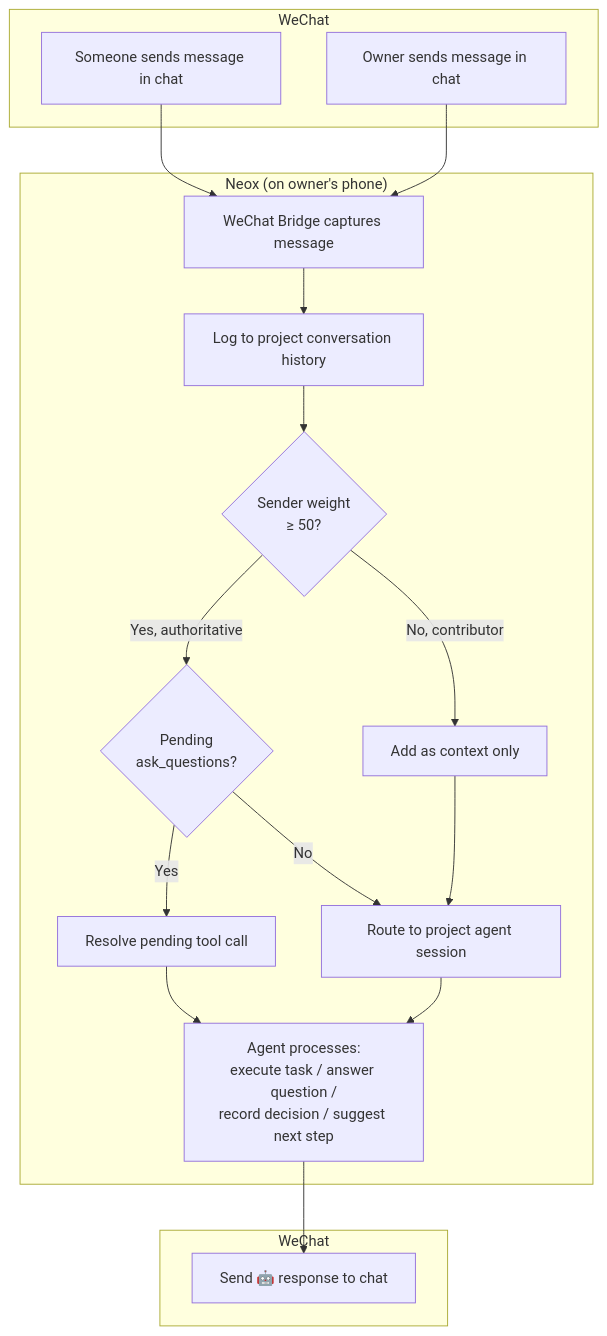
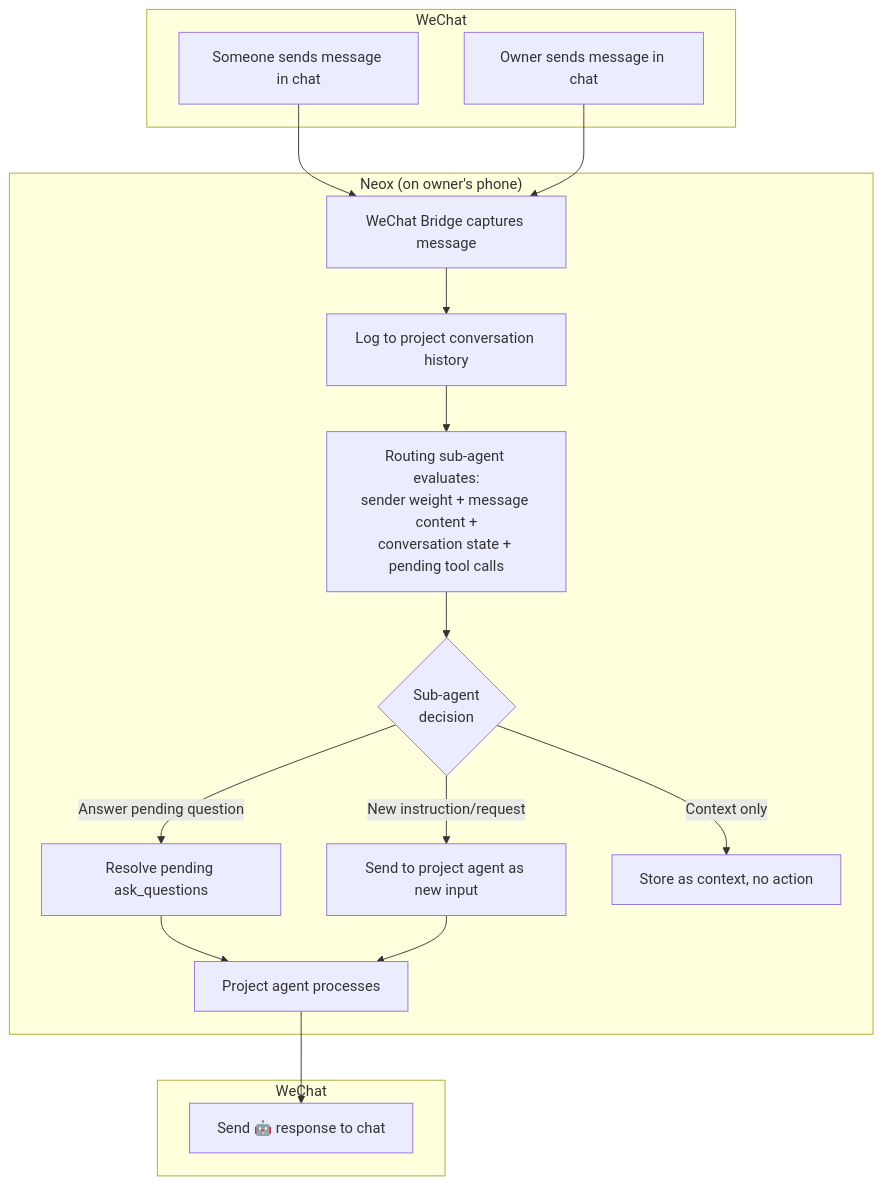
Before and after one commit to lalalic/neox: the second of 6 diagrams in docs/2026-04-10-wechat-bidirectional-design.md, drawn with Mermaid. The commit also changed other lines of this file, not shown here.

Commit message:
docs: replace hard-coded weight rules with routing sub-agent

````diff
--- a/docs/2026-04-10-wechat-bidirectional-design.md
+++ b/docs/2026-04-10-wechat-bidirectional-design.md
@@ -51,31 +51,29 @@
 ```mermaid
 flowchart TB
     subgraph WeChat
         M[Someone sends message in chat]
         M2[Owner sends message in chat]
     end
 
     subgraph Neox["Neox (on owner's phone)"]
         B[WeChat Bridge captures message]
         L[Log to project conversation history]
-        W{Sender weight<br/>≥ 50?}
-        Q{Pending<br/>ask_questions?}
-        A[Route to project agent session]
-        T[Resolve pending tool call]
-        C[Add as context only]
-        S[Agent processes:<br/>execute task / answer question /<br/>record decision / suggest next step]
+        R[Routing sub-agent evaluates:<br/>sender weight + message content +<br/>conversation state + pending tool calls]
+        D{Sub-agent<br/>decision}
+        T[Resolve pending ask_questions]
+        A[Send to project agent as new input]
+        C[Store as context, no action]
+        S[Project agent processes]
     end
 
     subgraph WeChat2[WeChat]
         O[Send 🤖 response to chat]
     end
 
-    M --> B --> L --> W
+    M --> B --> L --> R --> D
     M2 --> B
-    W -->|Yes, authoritative| Q
-    W -->|No, contributor| C
-    Q -->|Yes| T --> S
-    Q -->|No| A --> S
-    C --> A
+    D -->|"Answer pending question"| T --> S
+    D -->|"New instruction/request"| A --> S
+    D -->|"Context only"| C
     S --> O
 ```
````
